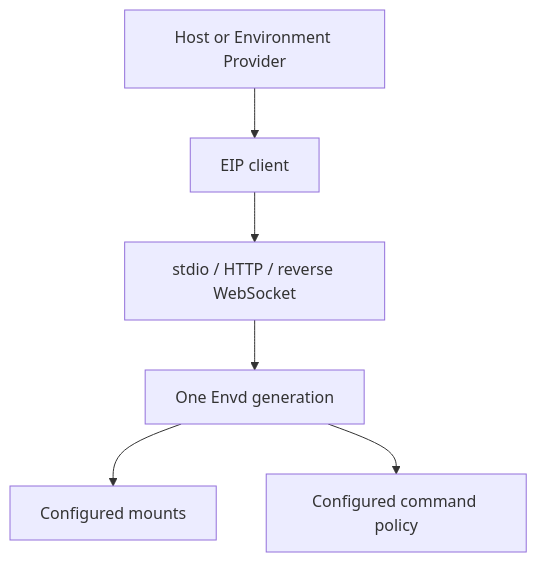
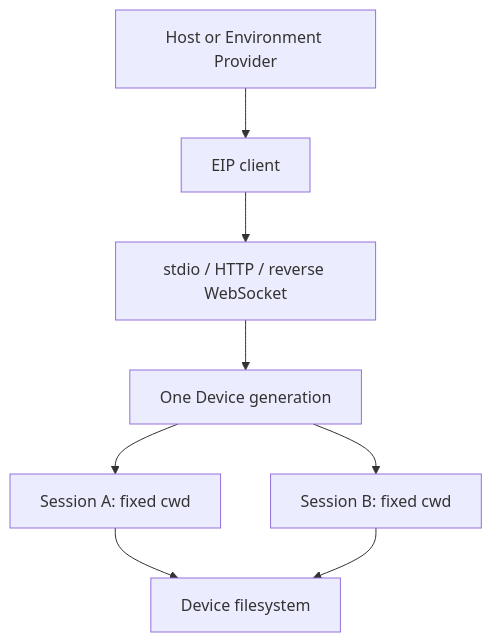
One commit to LTThreeComma/agent-foundation changed the diagram in docs/a13n-envd/index.md. Above: the diagram before and after it, drawn with Mermaid. The commit also changed other lines of this file and 330 other files, not shown here.

````diff
--- a/docs/a13n-envd/index.md
+++ b/docs/a13n-envd/index.md
@@ -27,8 +27,10 @@
 ```mermaid
 flowchart TB
     Host["Host or Environment Provider"] --> Client["EIP client"]
     Client --> Carrier["stdio / HTTP / reverse WebSocket"]
-    Carrier --> Daemon["One Envd generation"]
-    Daemon --> Files["Configured mounts"]
-    Daemon --> Commands["Configured command policy"]
+    Carrier --> Daemon["One Device generation"]
+    Daemon --> SessionA["Session A: fixed cwd"]
+    Daemon --> SessionB["Session B: fixed cwd"]
+    SessionA --> Files["Device filesystem"]
+    SessionB --> Files
 ```
````
